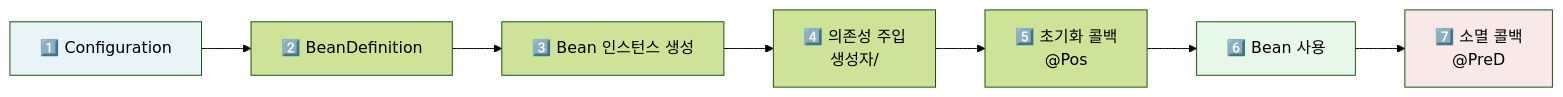
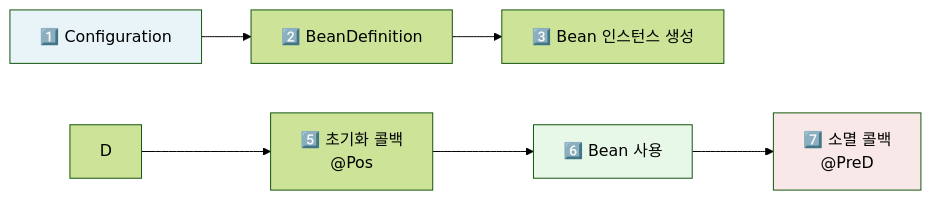
One commit to yjkim2015/yjkim2015.github.io changed the first of 7 diagrams in _posts/spring/2026-05-01-spring-ioc-di.md. Above: the diagram before and after it, drawn with Mermaid (forest theme). The commit also changed other lines of this file and 149 other files, not shown here.

First line of the commit message:
Mermaid 가독성 개선: 라벨 축약, 노드 축소, TD→LR 변환

````diff
--- a/_posts/spring/2026-05-01-spring-ioc-di.md
+++ b/_posts/spring/2026-05-01-spring-ioc-di.md
@@ -54,12 +54,11 @@
 ```mermaid
 graph LR
     A["1️⃣ Configuration"] --> B["2️⃣ BeanDefinition"]
     B --> C["3️⃣ Bean 인스턴스 생성<b"]
-    C --> D["4️⃣ 의존성 주입<br>생성자/"]
     D --> E["5️⃣ 초기화 콜백<br>@Pos"]
     E --> F["6️⃣ Bean 사용"]
     F --> G["7️⃣ 소멸 콜백<br>@PreD"]
     style A fill:#e8f4f8
     style F fill:#e8f8e8
     style G fill:#f8e8e8
 ```
````
